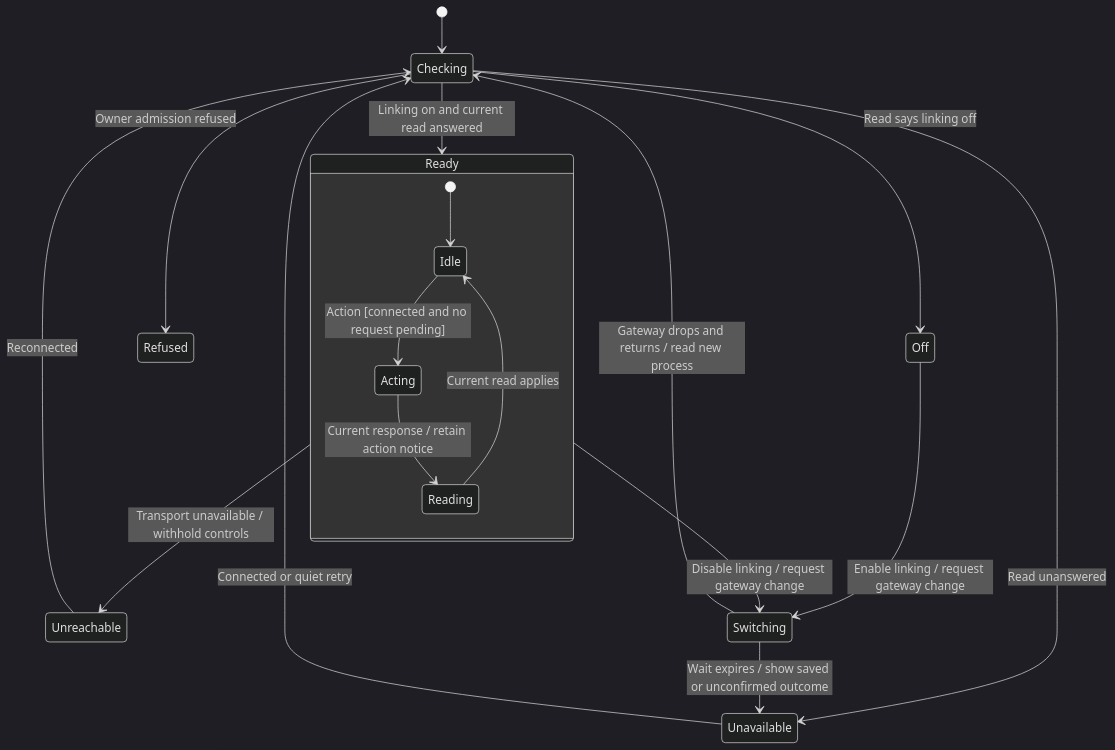
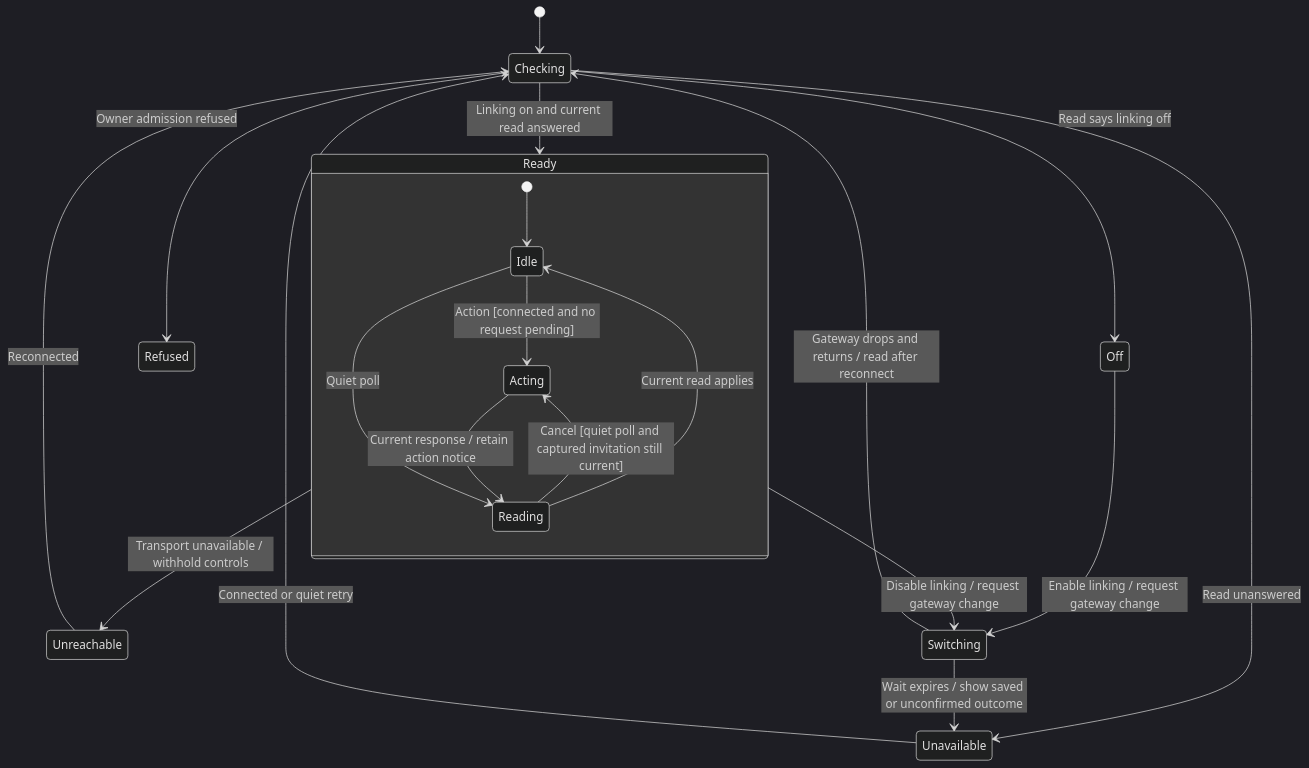
Before and after one commit to nessalabs/nessa-agent: the first of 5 diagrams in docs/state/services/desktop/workspace/linked-devices.md, drawn with Mermaid (dark theme). The commit also changed other lines of this file and 6 other files, not shown here.

````diff
--- a/docs/state/services/desktop/workspace/linked-devices.md
+++ b/docs/state/services/desktop/workspace/linked-devices.md
@@ -70,21 +71,23 @@
 ```mermaid
 stateDiagram-v2
     [*] --> Checking
     Checking --> Off: Read says linking off
     Checking --> Refused: Owner admission refused
     Checking --> Ready: Linking on and current read answered
     Checking --> Unavailable: Read unanswered
     Unavailable --> Checking: Connected or quiet retry
     state Ready {
         [*] --> Idle
         Idle --> Acting: Action [connected and no request pending]
+        Idle --> Reading: Quiet poll
+        Reading --> Acting: Cancel [quiet poll and captured invitation still current]
         Acting --> Reading: Current response / retain action notice
         Reading --> Idle: Current read applies
     }
     Ready --> Unreachable: Transport unavailable / withhold controls
     Unreachable --> Checking: Reconnected
     Off --> Switching: Enable linking / request gateway change
     Ready --> Switching: Disable linking / request gateway change
-    Switching --> Checking: Gateway drops and returns / read new process
+    Switching --> Checking: Gateway drops and returns / read after reconnect
     Switching --> Unavailable: Wait expires / show saved or unconfirmed outcome
 ```
````
